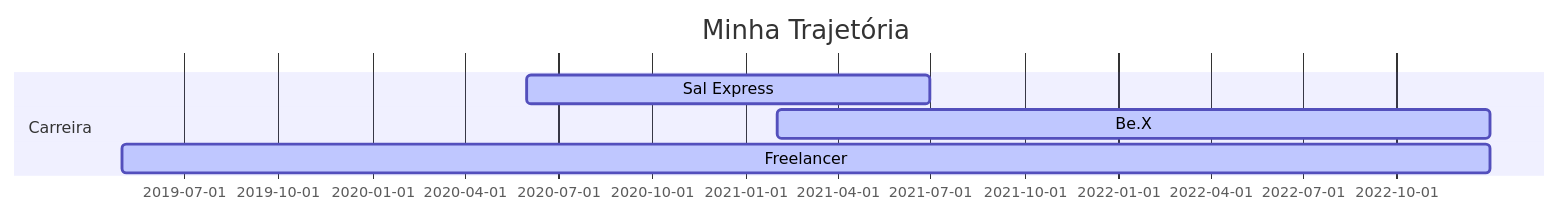
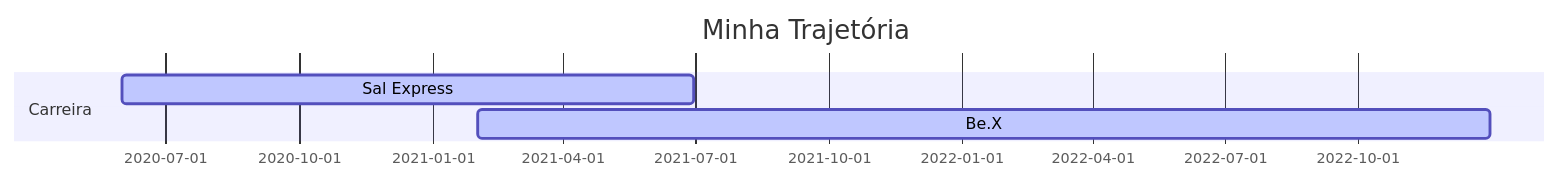
The diagram in README.md (julioszeferino/julioszeferino), drawn with Mermaid before and after one commit. The commit also changed other lines of this file, not shown here.

````diff
--- a/README.md
+++ b/README.md
@@ -11,12 +11,11 @@
 ```mermaid
 
 gantt
 dateFormat  YYYY-MM-DD
 title Minha Trajetória
 
 section Carreira
 Sal Express           :active,, 2020-06-01,2021-06-30
 Be.X                  :active,, 2021-02-01,2022-12-31
-Freelancer   :active,, 2019-05-01,2022-12-31
 
 ```
````
